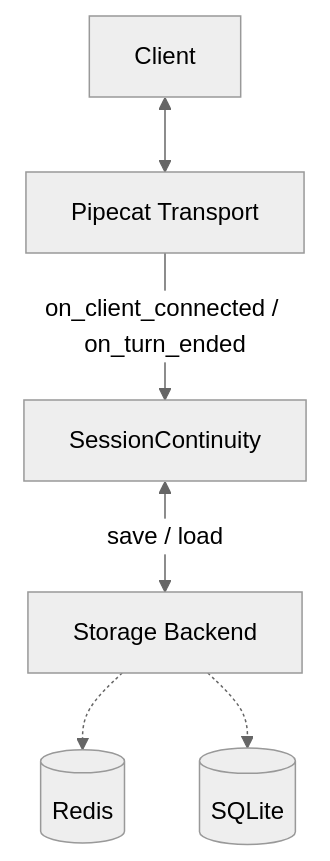
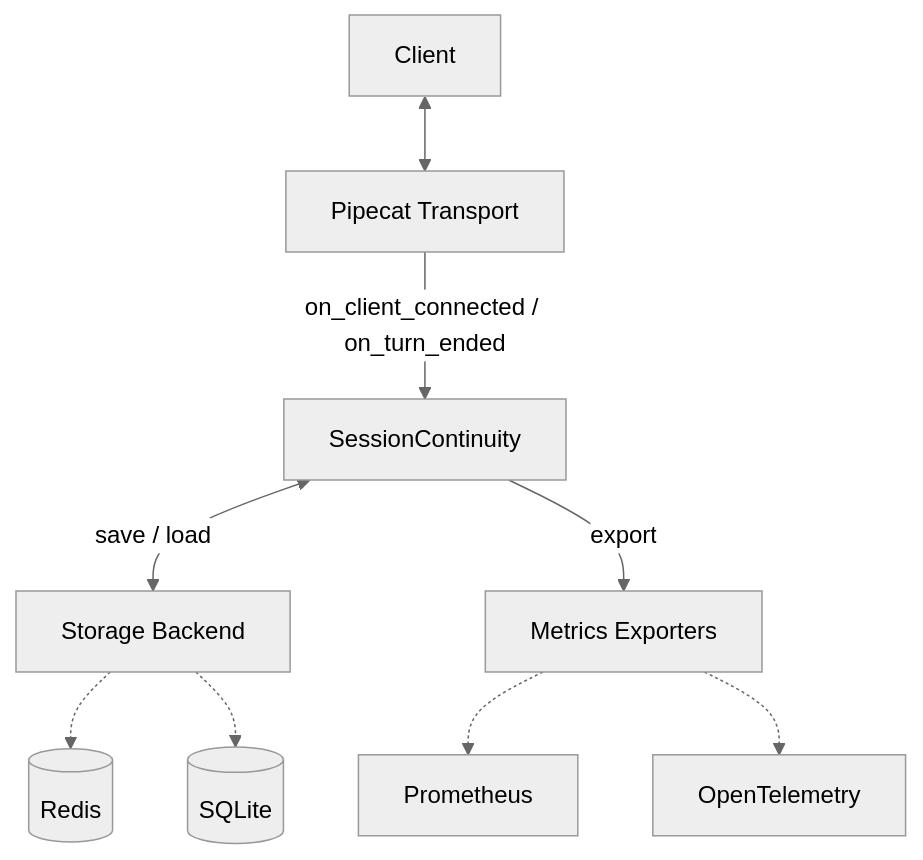
The diagram in README.md (meet987654/pipecat-session-continuity), drawn with Mermaid (neutral theme) before and after one commit. The commit also changed other lines of this file and 3 other files, not shown here.

Commit message:
docs(metrics): document Prometheus and OpenTelemetry setup, update README and bot example

````diff
--- a/README.md
+++ b/README.md
@@ -92,8 +96,11 @@
 ```mermaid
 graph TD
     Client[Client] <--> Transport[Pipecat Transport]
     Transport -->|on_client_connected / on_turn_ended| Continuity[SessionContinuity]
     Continuity <-->|save / load| Storage[Storage Backend]
+    Continuity -->|export| Exporters[Metrics Exporters]
     Storage -.-> Redis[(Redis)]
     Storage -.-> SQLite[(SQLite)]
+    Exporters -.-> Prom[Prometheus]
+    Exporters -.-> OTel[OpenTelemetry]
 ```
````
